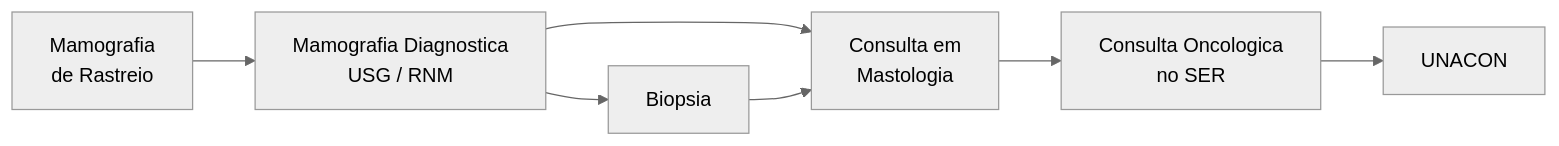
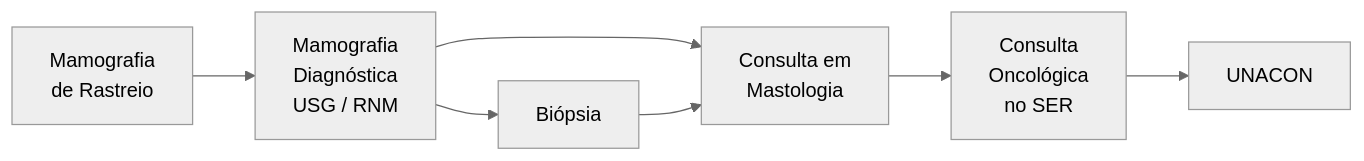
Before and after one commit to prefeitura-rio/queries-rj-sms: the third of 3 diagrams in models/marts/subgeral/monitora_cancer/SOBRE.md, drawn with Mermaid (neutral theme). The commit also changed other lines of this file, not shown here.

````diff
--- a/models/marts/subgeral/monitora_cancer/SOBRE.md
+++ b/models/marts/subgeral/monitora_cancer/SOBRE.md
@@ -156,15 +156,15 @@
 ```mermaid
 flowchart LR
     R[Mamografia<br/>de Rastreio]
-    I[Mamografia Diagnostica<br/>USG / RNM]
-    C[Biopsia]
+    I[Mamografia<br/>Diagnóstica<br/>USG / RNM]
+    C[Biópsia]
     M[Consulta em<br/>Mastologia]
-    O[Consulta Oncologica<br/>no SER]
+    O[Consulta<br/>Oncológica<br/>no SER]
     U[UNACON]
     R --> I
     I --> C
     I --> M
     C --> M
     M --> O
     O --> U
 ```
````
